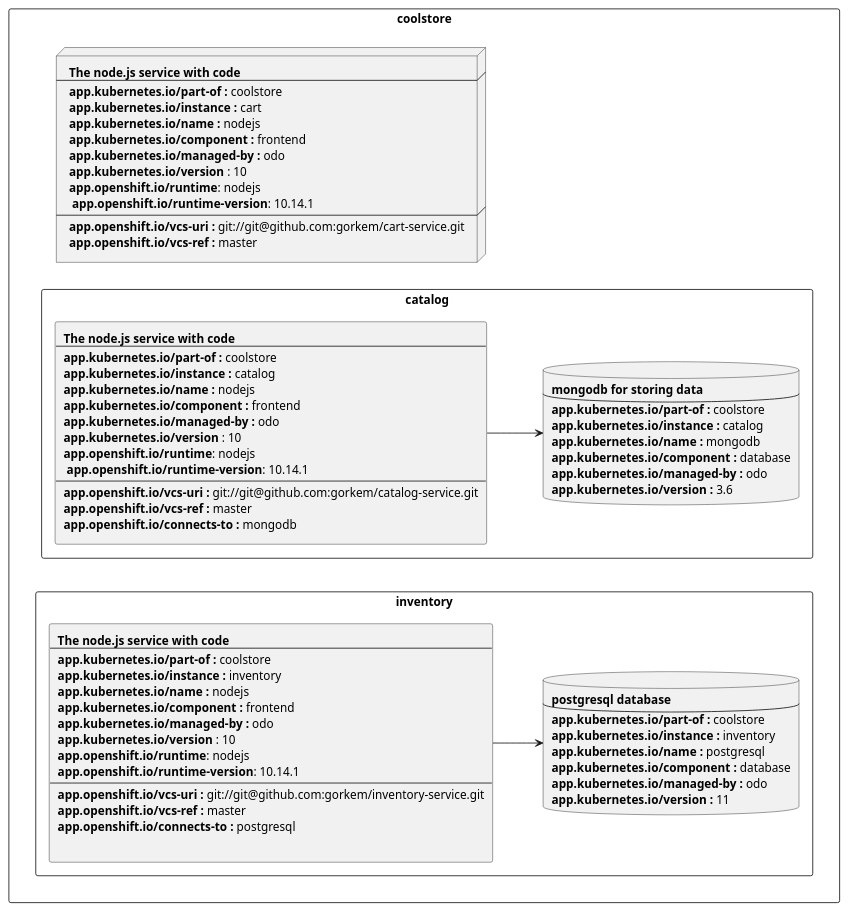
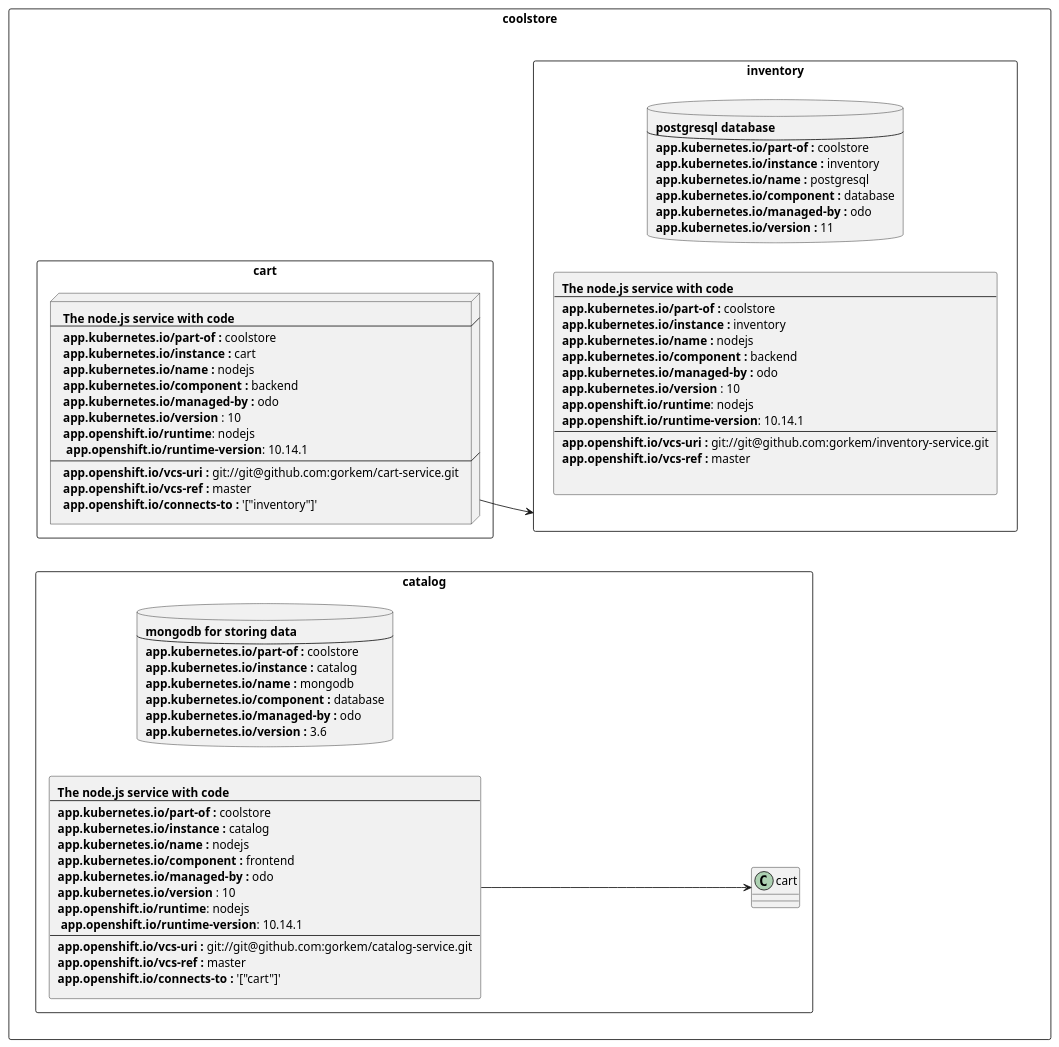
Before and after one commit to redhat-developer/app-labels: the second of 2 diagrams in labels-annotation-for-openshift.adoc, drawn with PlantUML. The commit also changed other lines of this file, not shown here.

Commit message:
fix connects-to

```diff
--- a/labels-annotation-for-openshift.adoc
+++ b/labels-annotation-for-openshift.adoc
@@ -169,13 +169,45 @@
 
 rectangle coolstore {
     together {
-        node cart [
+        rectangle inventory {
+            database postgresql [
+                    <b>postgresql database
+                    ----
+                    <b>app.kubernetes.io/part-of :</b> coolstore
+                    <b>app.kubernetes.io/instance :</b> inventory
+                    <b>app.kubernetes.io/name :</b> postgresql
+                    <b>app.kubernetes.io/component :</b> database
+                    <b>app.kubernetes.io/managed-by :</b> odo
+                    <b>app.kubernetes.io/version :</b> 11
+                ]
+            rectangle nodeservice [
+                    <b>The node.js service with code</b>
+                    ----
+                    <b>app.kubernetes.io/part-of :</b> coolstore
+                    <b>app.kubernetes.io/instance :</b> inventory
+                    <b>app.kubernetes.io/name :</b> nodejs
+                    <b>app.kubernetes.io/component :</b> backend
+                    <b>app.kubernetes.io/managed-by :</b> odo
+                    <b>app.kubernetes.io/version</b> : 10
+                    <b>app.openshift.io/runtime</b>: nodejs
+                    <b>app.openshift.io/runtime-version</b>: 10.14.1
+                    ----
+                    <b>app.openshift.io/vcs-uri :</b> git://git@github.com:gorkem/inventory-service.git
+                    <b>app.openshift.io/vcs-ref :</b> master
+
+                ]
+        }
+    }
+
+    together {
+        rectangle cart{
+             node cart [
                     <b>The node.js service with code</b>
                     ----
                     <b>app.kubernetes.io/part-of :</b> coolstore
                     <b>app.kubernetes.io/instance :</b> cart
                     <b>app.kubernetes.io/name :</b> nodejs
-                    <b>app.kubernetes.io/component :</b> frontend
+                    <b>app.kubernetes.io/component :</b> backend
                     <b>app.kubernetes.io/managed-by :</b> odo
                     <b>app.kubernetes.io/version</b> : 10
                     <b>app.openshift.io/runtime</b>: nodejs
@@ -183,10 +215,13 @@
                     ----
                     <b>app.openshift.io/vcs-uri :</b> git://git@github.com:gorkem/cart-service.git
                     <b>app.openshift.io/vcs-ref :</b> master
+                    <b>app.openshift.io/connects-to :</b> '["inventory"]'
             ]
+            cart --> inventory
+      }
     }
-   together {
-    rectangle catalog {
+    together {
+        rectangle catalog {
             database catalogdb  [
                     <b>mongodb for storing data
                     ----
@@ -211,43 +246,12 @@
                     ----
                     <b>app.openshift.io/vcs-uri :</b> git://git@github.com:gorkem/catalog-service.git
                     <b>app.openshift.io/vcs-ref :</b> master
-                    <b>app.openshift.io/connects-to :</b> mongodb
+                    <b>app.openshift.io/connects-to :</b> '["cart"]'
                 ]
-                catalog --> catalogdb
+                catalog --> cart
         }
     }
-    together {
-        rectangle inventory {
-            database postgresql [
-                    <b>postgresql database
-                    ----
-                    <b>app.kubernetes.io/part-of :</b> coolstore
-                    <b>app.kubernetes.io/instance :</b> inventory
-                    <b>app.kubernetes.io/name :</b> postgresql
-                    <b>app.kubernetes.io/component :</b> database
-                    <b>app.kubernetes.io/managed-by :</b> odo
-                    <b>app.kubernetes.io/version :</b> 11
-                ]
-            rectangle java8 [
-                    <b>The node.js service with code</b>
-                    ----
-                    <b>app.kubernetes.io/part-of :</b> coolstore
-                    <b>app.kubernetes.io/instance :</b> inventory
-                    <b>app.kubernetes.io/name :</b> nodejs
-                    <b>app.kubernetes.io/component :</b> frontend
-                    <b>app.kubernetes.io/managed-by :</b> odo
-                    <b>app.kubernetes.io/version</b> : 10
-                    <b>app.openshift.io/runtime</b>: nodejs
-                    <b>app.openshift.io/runtime-version</b>: 10.14.1
-                    ----
-                    <b>app.openshift.io/vcs-uri :</b> git://git@github.com:gorkem/inventory-service.git
-                    <b>app.openshift.io/vcs-ref :</b> master
-                    <b>app.openshift.io/connects-to :</b> postgresql
-
-                ]
-             java8 --> postgresql
-        }
-    }
+    
 }
 
 @enduml
```
